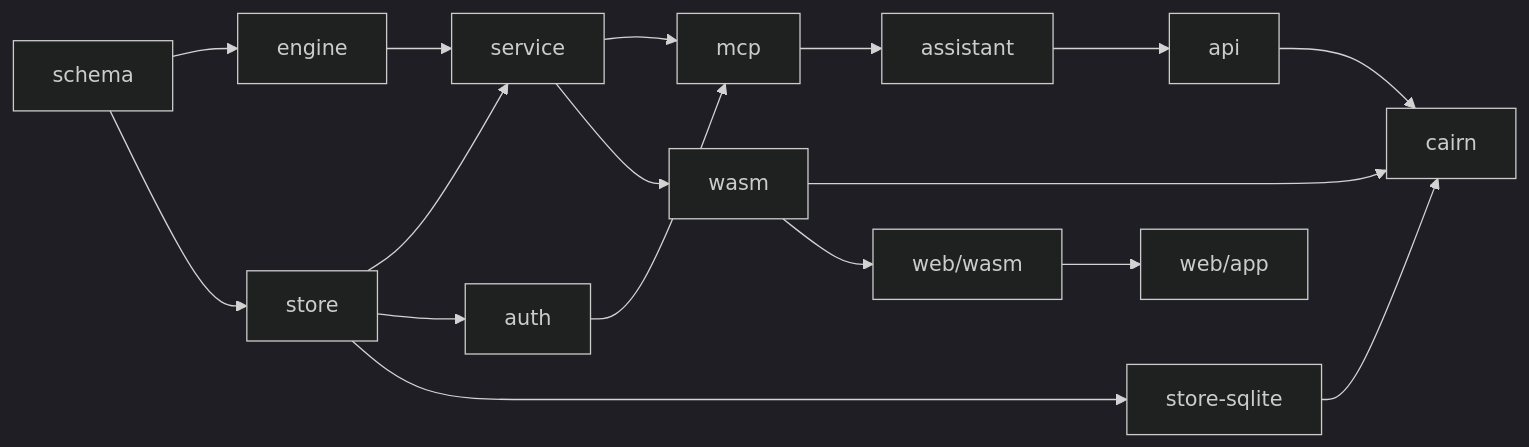
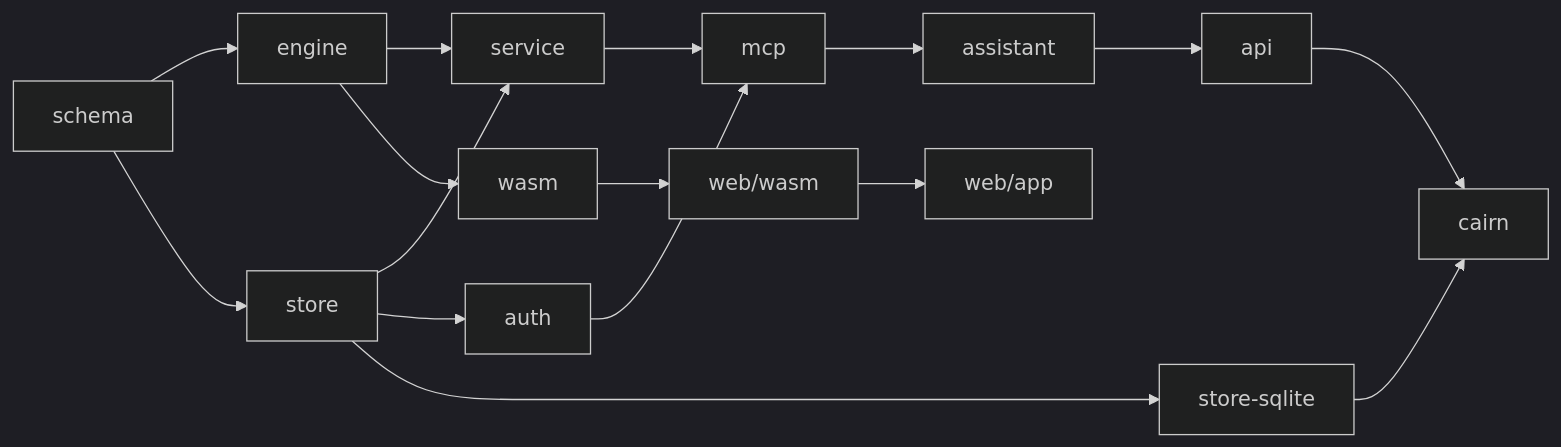
One commit to JacobHayes/cairn changed the second of 2 diagrams in ARCHITECTURE.md. Above: the diagram before and after it, drawn with Mermaid (dark theme). The commit also changed other lines of this file and 160 other files, not shown here.

````diff
--- a/ARCHITECTURE.md
+++ b/ARCHITECTURE.md
@@ -105,19 +105,18 @@
 ```mermaid
 flowchart LR
     schema --> engine
     schema --> store
     engine --> service
     store --> service
     store --> auth
     store --> store_sqlite[store-sqlite]
     auth --> mcp
     service --> mcp
     mcp --> assistant
     assistant --> api
     api --> cairn
     store_sqlite --> cairn
-    service --> wasm
-    wasm --> cairn
+    engine --> wasm
     wasm --> web_wasm[web/wasm]
     web_wasm --> web_app[web/app]
 ```
````
